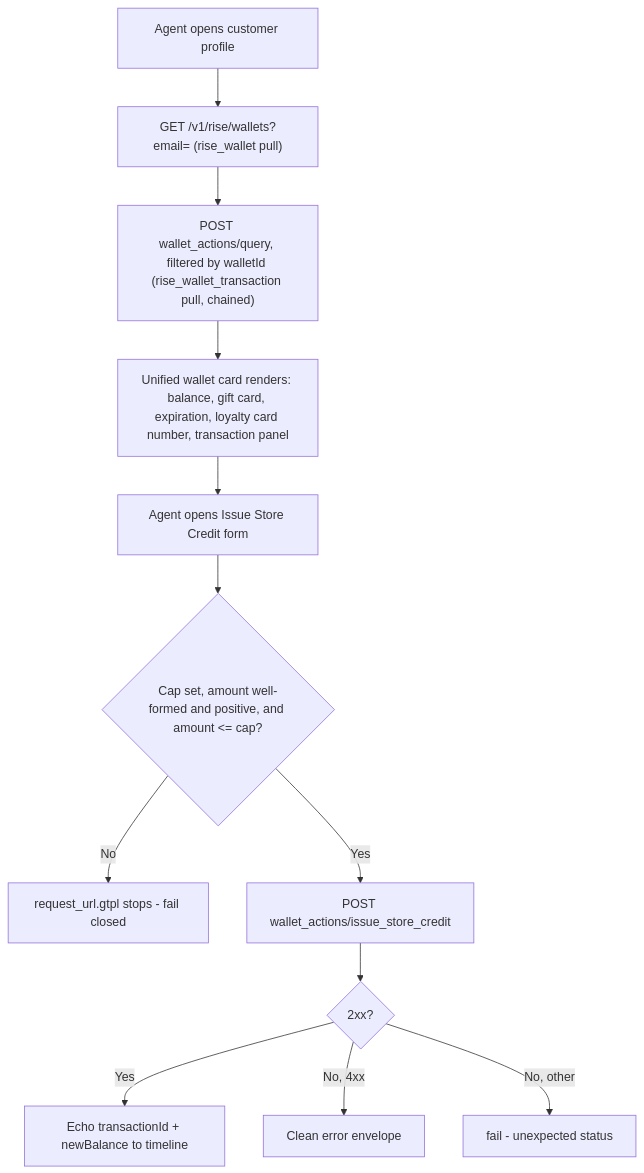
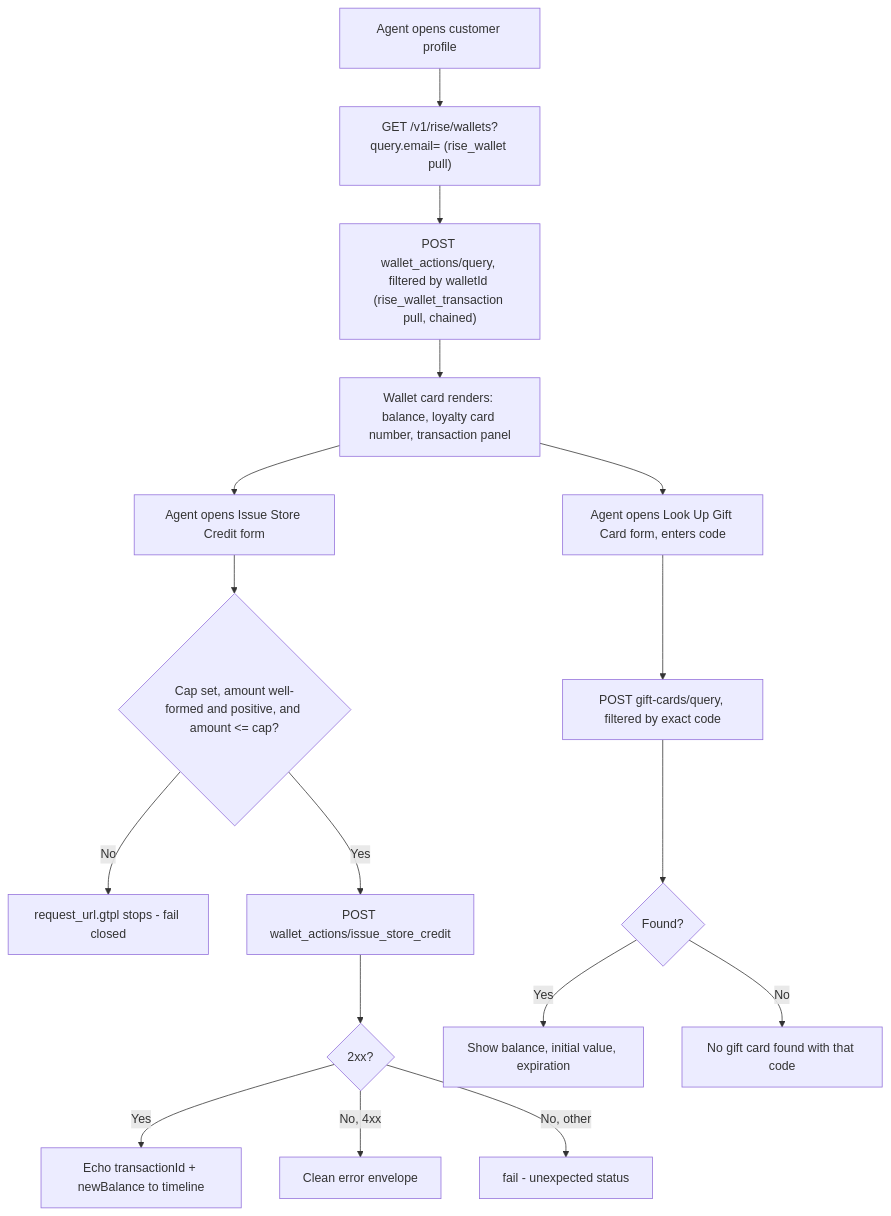
The diagram in docs/plans/2026-08-19-001-feat-rise-wallet-app-plan.md (matthewalbert-tech/rise), drawn with Mermaid before and after one commit. The commit also changed other lines of this file and 49 other files, not shown here.

````diff
--- a/docs/plans/2026-08-19-001-feat-rise-wallet-app-plan.md
+++ b/docs/plans/2026-08-19-001-feat-rise-wallet-app-plan.md
@@ -244,14 +278,20 @@
 ```mermaid
 flowchart TB
-  A[Agent opens customer profile] --> B["GET /v1/rise/wallets?email= (rise_wallet pull)"]
+  A[Agent opens customer profile] --> B["GET /v1/rise/wallets?query.email= (rise_wallet pull)"]
   B --> C["POST wallet_actions/query, filtered by walletId (rise_wallet_transaction pull, chained)"]
-  C --> D[Unified wallet card renders: balance, gift card, expiration, loyalty card number, transaction panel]
+  C --> D[Wallet card renders: balance, loyalty card number, transaction panel]
   D --> E[Agent opens Issue Store Credit form]
   E --> F{Cap set, amount well-formed and positive, and amount <= cap?}
   F -->|No| G[request_url.gtpl stops - fail closed]
   F -->|Yes| H["POST wallet_actions/issue_store_credit"]
   H --> I{2xx?}
   I -->|Yes| J[Echo transactionId + newBalance to timeline]
   I -->|No, 4xx| K[Clean error envelope]
   I -->|No, other| L[fail - unexpected status]
+
+  D --> M[Agent opens Look Up Gift Card form, enters code]
+  M --> N["POST gift-cards/query, filtered by exact code"]
+  N --> O{Found?}
+  O -->|Yes| P[Show balance, initial value, expiration]
+  O -->|No| Q[No gift card found with that code]
 ```
````
